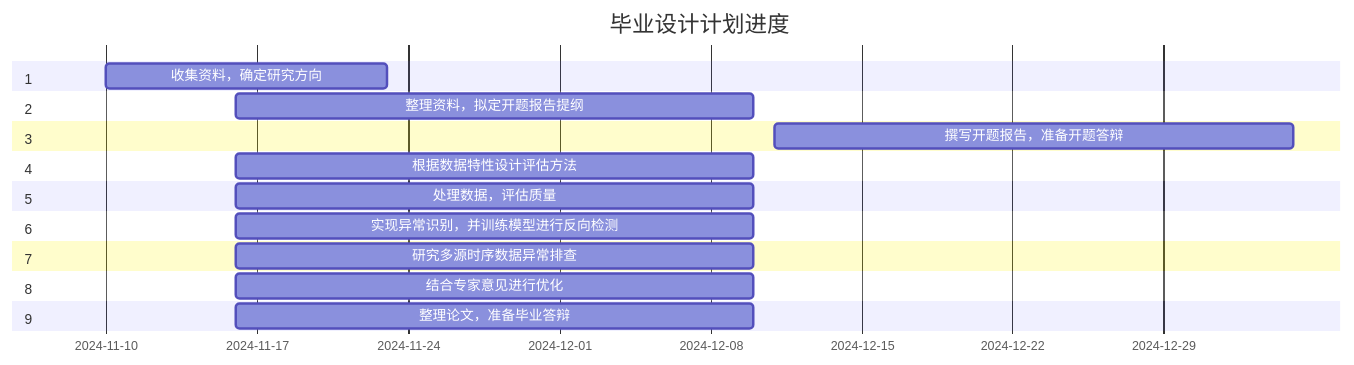
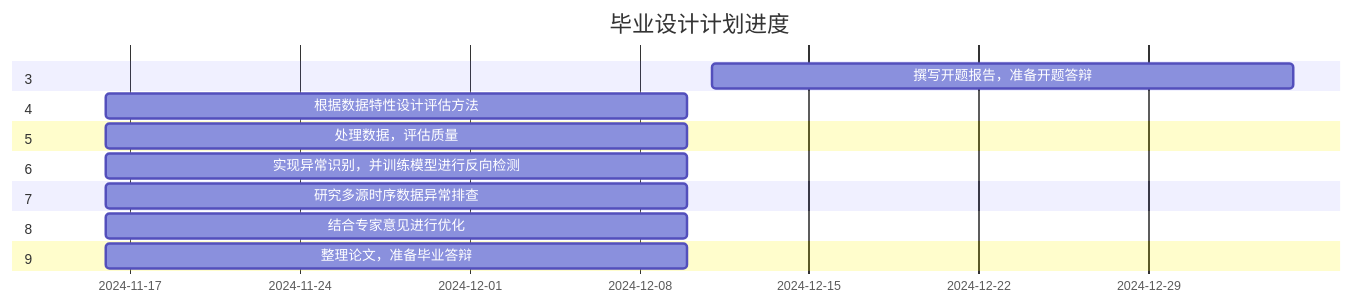
One commit to Kelseyyz/iodraw-files changed the diagram in all/未命名.md. Above: the diagram before and after it, drawn with Mermaid.

Commit message:
2024-12-30 14:50:48 update

````diff
--- a/all/未命名.md
+++ b/all/未命名.md
@@ -1,28 +1,25 @@
 ```mermaid
 gantt
     title 毕业设计计划进度
     dateFormat  YYYY年MM月DD日
     
 
-    section 1
-    收集资料，确定研究方向           : 2024-11-10  , 13d
-    section 2
-    整理资料，拟定开题报告提纲       : 2024-11-16  , 24d
+   
     section 3
     撰写开题报告，准备开题答辩       : 2024年12月11日  , 24d
     section 4
     根据数据特性设计评估方法         : 2024-11-16  , 24d
     section 5
     处理数据，评估质量               : 2024-11-16  , 24d
     section 6
     实现异常识别，并训练模型进行反向检测    : 2024-11-16  , 24d
     section 7
     研究多源时序数据异常排查         : 2024-11-16  , 24d
     section 8
     结合专家意见进行优化             : 2024-11-16  , 24d
     section 9
     整理论文，准备毕业答辩           : 2024-11-16  , 24d
 
 
 
 ```
````
